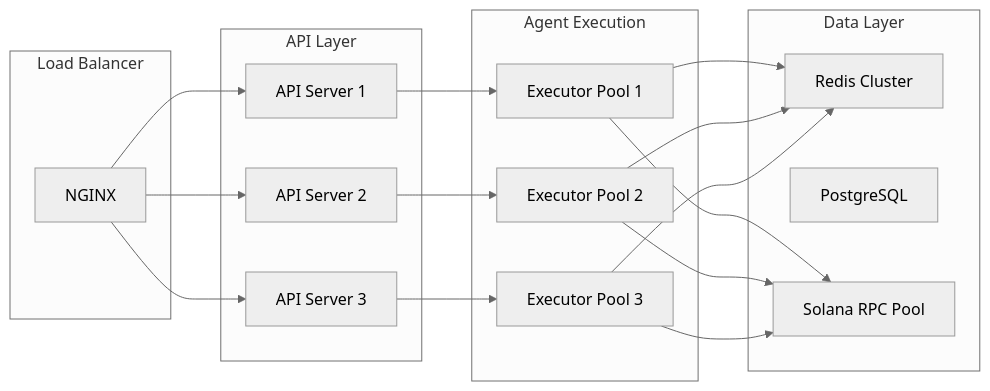
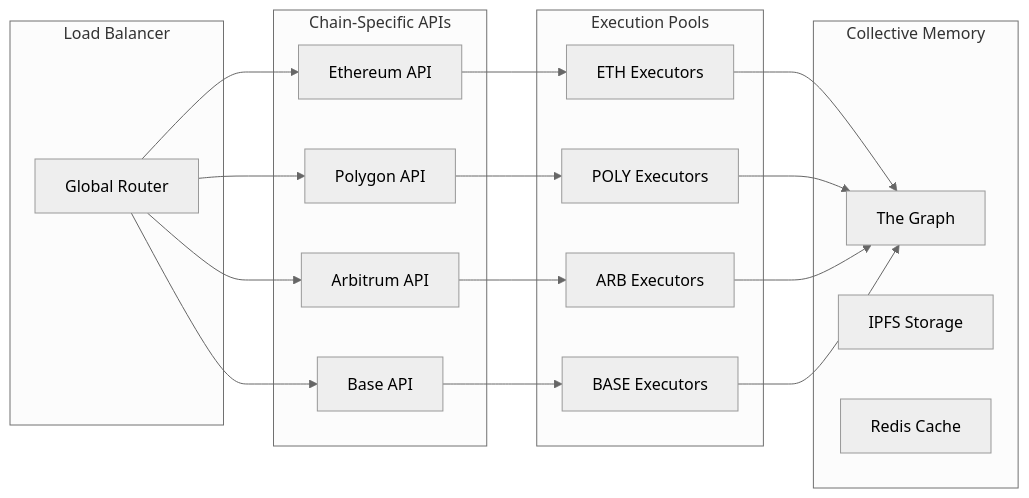
One commit to trenchsheikh/c0gni changed the third of 3 diagrams in docs/architecture.mdx. Above: the diagram before and after it, drawn with Mermaid (neutral theme). The commit also changed other lines of this file and 4 other files, not shown here.

````diff
--- a/docs/architecture.mdx
+++ b/docs/architecture.mdx
@@ -369,40 +428,41 @@
 ```mermaid
 graph LR
     subgraph "Load Balancer"
-        LB[NGINX]
+        LB[Global Router]
     end
     
-    subgraph "API Layer"
-        API1[API Server 1]
-        API2[API Server 2] 
-        API3[API Server 3]
+    subgraph "Chain-Specific APIs"
+        ETH[Ethereum API]
+        POLY[Polygon API]
+        ARB[Arbitrum API]
+        BASE[Base API]
     end
     
-    subgraph "Agent Execution"
-        AE1[Executor Pool 1]
-        AE2[Executor Pool 2]
-        AE3[Executor Pool 3]
+    subgraph "Execution Pools"
+        EE[ETH Executors]
+        PE[POLY Executors]
+        AE[ARB Executors]
+        BE[BASE Executors]
     end
     
-    subgraph "Data Layer"
-        Redis[Redis Cluster]
-        Postgres[PostgreSQL]
-        Solana[Solana RPC Pool]
+    subgraph "Collective Memory"
+        Graph[The Graph]
+        IPFS[IPFS Storage]
+        Cache[Redis Cache]
     end
     
-    LB --> API1
-    LB --> API2
-    LB --> API3
+    LB --> ETH
+    LB --> POLY
+    LB --> ARB
+    LB --> BASE
     
-    API1 --> AE1
-    API2 --> AE2
-    API3 --> AE3
+    ETH --> EE
+    POLY --> PE
+    ARB --> AE
+    BASE --> BE
     
-    AE1 --> Redis
-    AE2 --> Redis
-    AE3 --> Redis
-    
-    AE1 --> Solana
-    AE2 --> Solana
-    AE3 --> Solana
+    EE --> Graph
+    PE --> Graph
+    AE --> Graph
+    BE --> Graph
 ```
````
